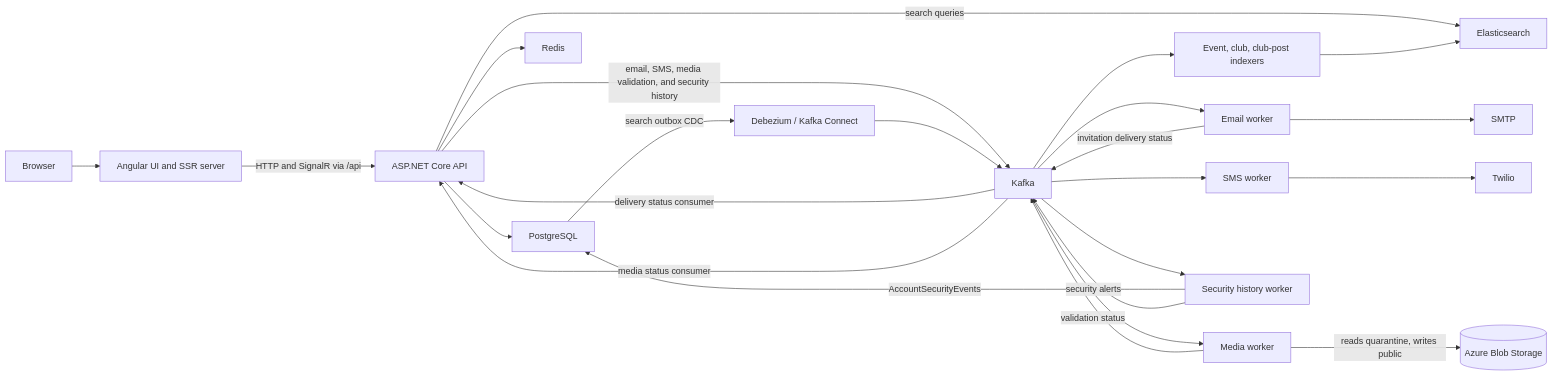
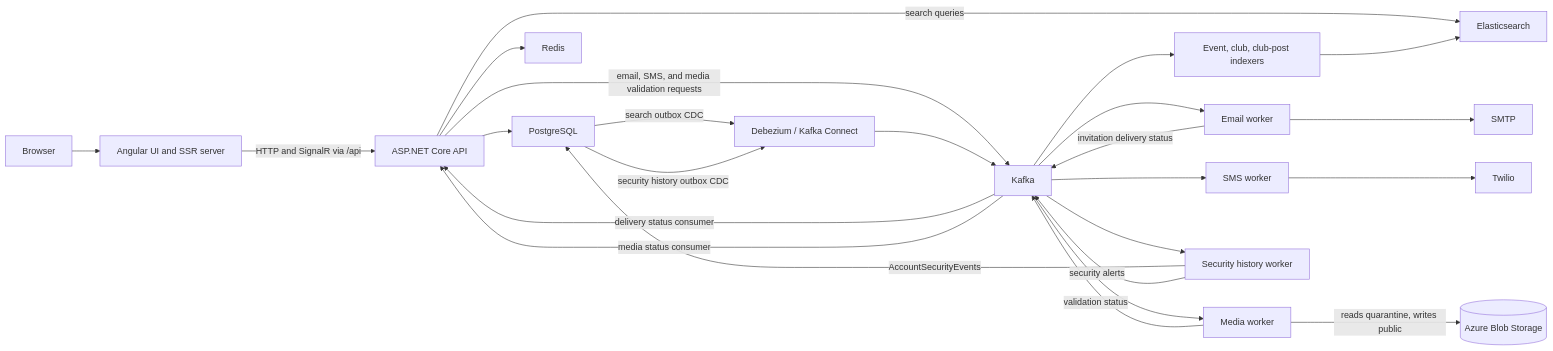
Before and after one commit to thomastran117x/Elevate: the first of 2 diagrams in docs/ARCHITECTURE.md, drawn with Mermaid. The commit also changed other lines of this file and 48 other files, not shown here.

First line of the commit message:
Make security history and its alerts durable end to end

````diff
--- a/docs/ARCHITECTURE.md
+++ b/docs/ARCHITECTURE.md
@@ -5,26 +5,27 @@
 ```mermaid
 flowchart LR
     Browser --> Angular[Angular UI and SSR server]
     Angular -->|HTTP and SignalR via /api| API[ASP.NET Core API]
     API --> PostgreSQL
     API --> Redis
     API -->|search queries| Elasticsearch
-    API -->|email, SMS, media validation, and security history| Kafka
+    API -->|email, SMS, and media validation requests| Kafka
     PostgreSQL -->|search outbox CDC| Connect[Debezium / Kafka Connect]
     Connect --> Kafka
     Kafka --> Indexers[Event, club, club-post indexers]
     Indexers --> Elasticsearch
     Kafka --> Email[Email worker]
     Email --> SMTP
     Email -->|invitation delivery status| Kafka
     Kafka -->|delivery status consumer| API
     Kafka --> SMS[SMS worker]
     SMS --> Twilio
     Kafka --> Media[Media worker]
     Media -->|reads quarantine, writes public| Blob[(Azure Blob Storage)]
     Media -->|validation status| Kafka
     Kafka -->|media status consumer| API
+    PostgreSQL -->|security history outbox CDC| Connect
     Kafka --> History[Security history worker]
     History -->|AccountSecurityEvents| PostgreSQL
     History -->|security alerts| Kafka
 ```
````
